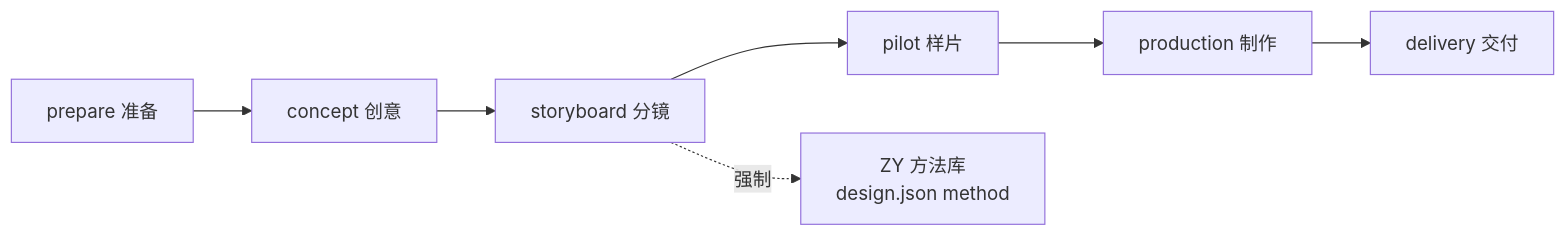
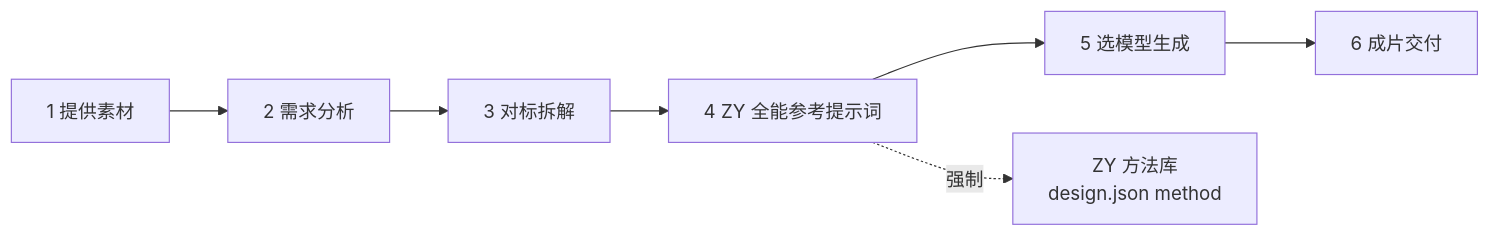
The diagram in README.md (huangrunze168-sketch/yingliu-mv), drawn with Mermaid before and after one commit. The commit also changed other lines of this file and 12 other files, not shown here.

````diff
--- a/README.md
+++ b/README.md
@@ -21,9 +21,9 @@
 ```mermaid
 flowchart LR
-    A[prepare 准备] --> B[concept 创意]
-    B --> C[storyboard 分镜]
-    C --> D[pilot 样片]
-    D --> E[production 制作]
-    E --> F[delivery 交付]
-    C -.强制.-> Z[ZY 方法库<br/>design.json method]
+    S1[1 提供素材] --> S2[2 需求分析]
+    S2 --> S3[3 对标拆解]
+    S3 --> S4[4 ZY 全能参考提示词]
+    S4 --> S5[5 选模型生成]
+    S5 --> S6[6 成片交付]
+    S4 -.强制.-> Z[ZY 方法库<br/>design.json method]
 ```
````
